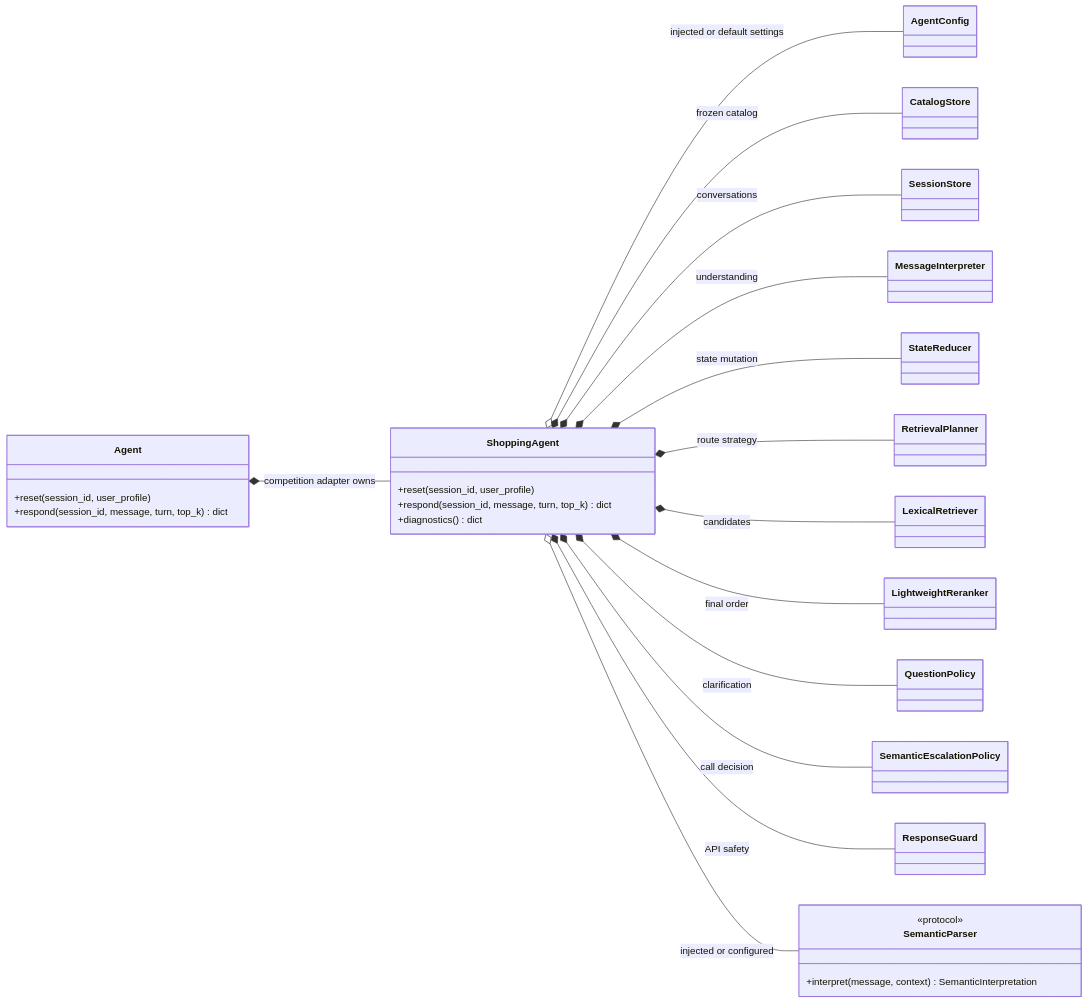
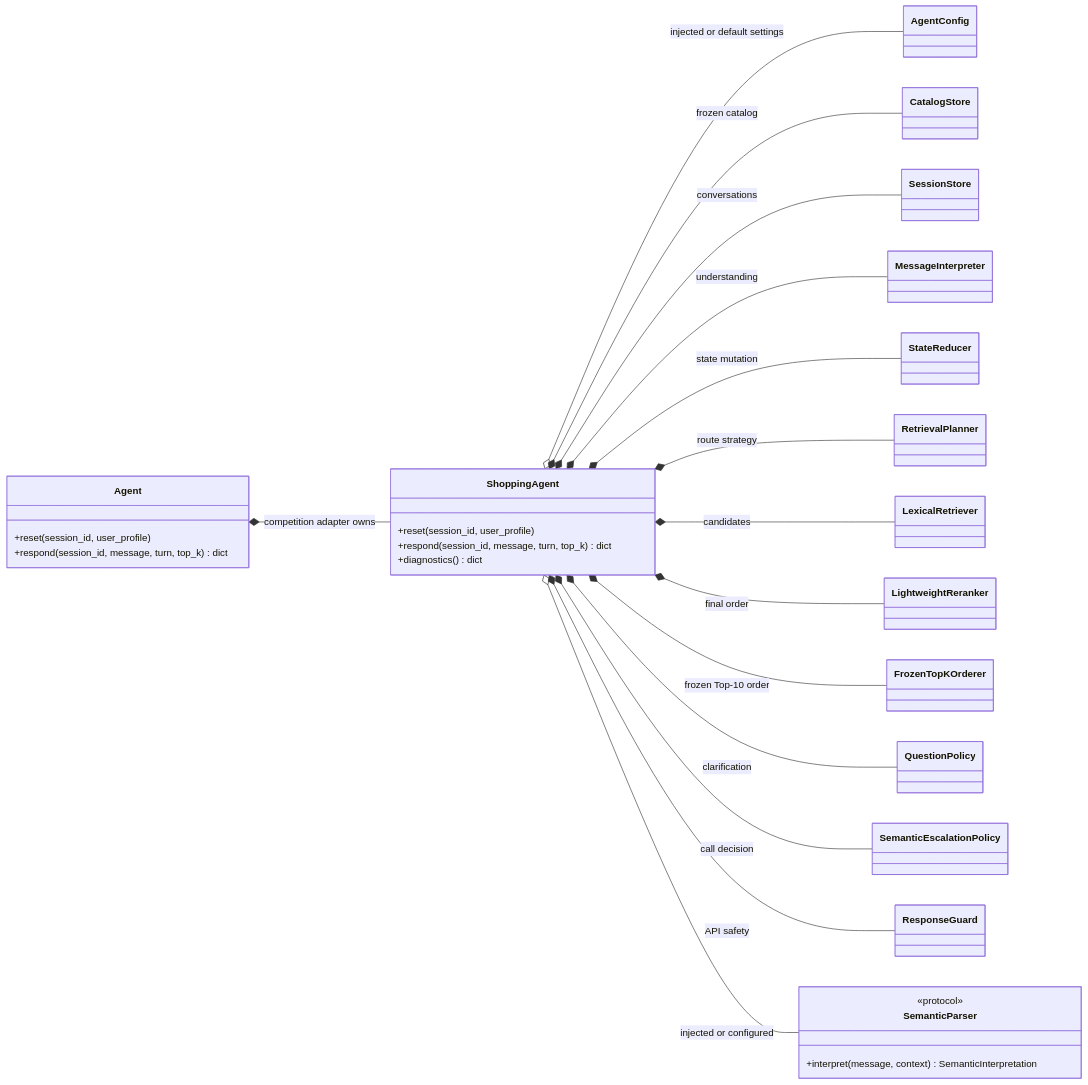
The first of 8 diagrams in docs/class-diagrams.md (ash15khng/tiktok-techjam), drawn with Mermaid before and after one commit. The commit also changed other lines of this file and 9 other files, not shown here.

````diff
--- a/docs/class-diagrams.md
+++ b/docs/class-diagrams.md
@@ -25,43 +25,45 @@
 ```mermaid
 classDiagram
     direction LR
 
     class Agent {
         +reset(session_id, user_profile)
         +respond(session_id, message, turn, top_k) dict
     }
     class ShoppingAgent {
         +reset(session_id, user_profile)
         +respond(session_id, message, turn, top_k) dict
         +diagnostics() dict
     }
     class AgentConfig
     class CatalogStore
     class SessionStore
     class MessageInterpreter
     class StateReducer
     class RetrievalPlanner
     class LexicalRetriever
     class LightweightReranker
+    class FrozenTopKOrderer
     class QuestionPolicy
     class SemanticEscalationPolicy
     class ResponseGuard
     class SemanticParser {
         <<protocol>>
         +interpret(message, context) SemanticInterpretation
     }
 
     Agent *-- ShoppingAgent : competition adapter owns
     ShoppingAgent o-- AgentConfig : injected or default settings
     ShoppingAgent *-- CatalogStore : frozen catalog
     ShoppingAgent *-- SessionStore : conversations
     ShoppingAgent *-- MessageInterpreter : understanding
     ShoppingAgent *-- StateReducer : state mutation
     ShoppingAgent *-- RetrievalPlanner : route strategy
     ShoppingAgent *-- LexicalRetriever : candidates
     ShoppingAgent *-- LightweightReranker : final order
+    ShoppingAgent *-- FrozenTopKOrderer : frozen Top-10 order
     ShoppingAgent *-- QuestionPolicy : clarification
     ShoppingAgent *-- SemanticEscalationPolicy : call decision
     ShoppingAgent *-- ResponseGuard : API safety
     ShoppingAgent o-- SemanticParser : injected or configured
 ```
````
